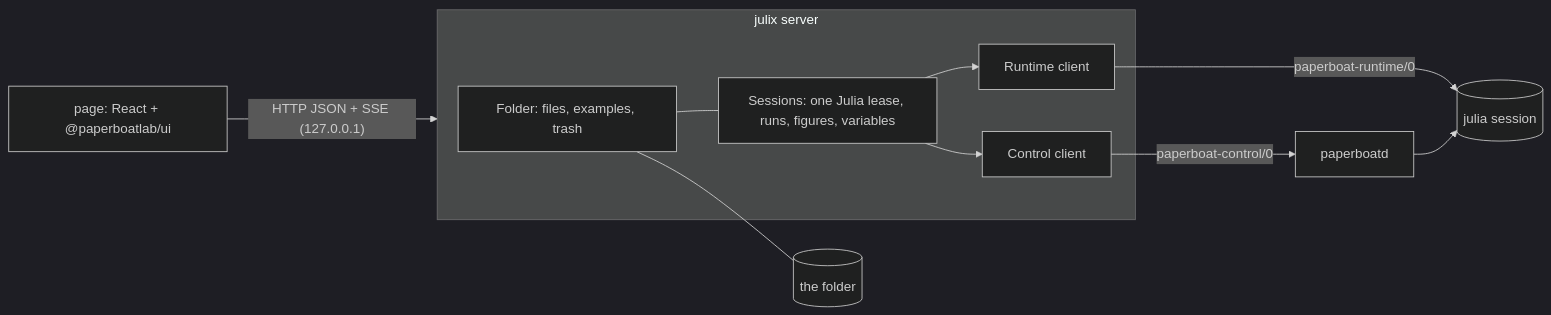
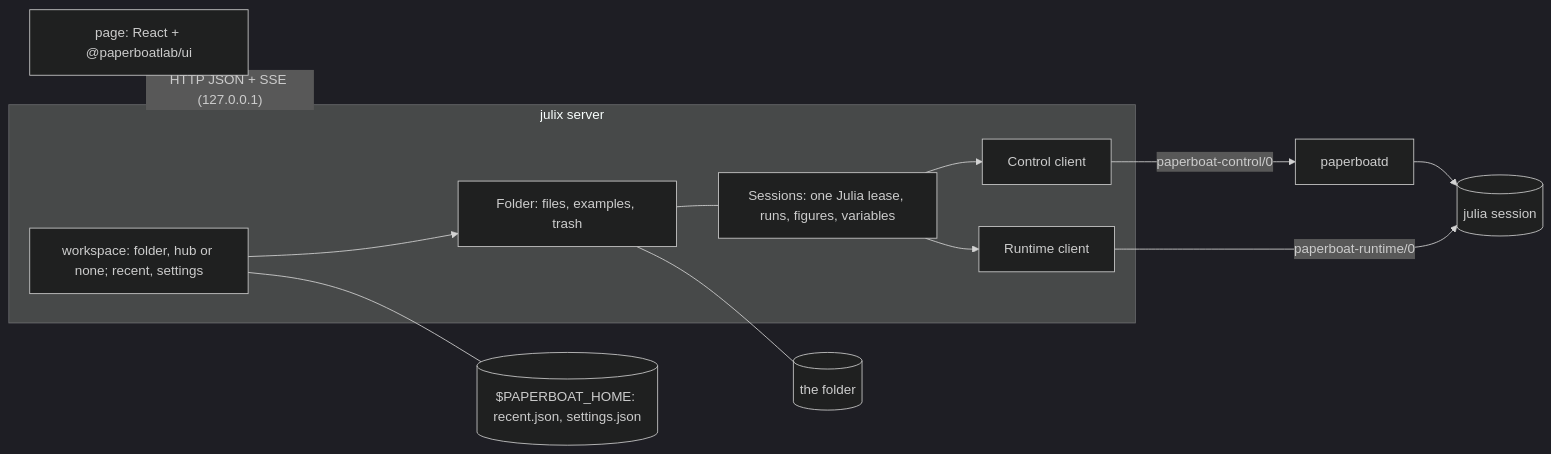
One commit to paperboatlab/julix changed the diagram in ARCHITECTURE.md. Above: the diagram before and after it, drawn with Mermaid (dark theme). The commit also changed other lines of this file and 2 other files, not shown here.

````diff
--- a/ARCHITECTURE.md
+++ b/ARCHITECTURE.md
@@ -12,13 +13,15 @@
 ```mermaid
 flowchart LR
   P[page: React + @paperboatlab/ui] -- "HTTP JSON + SSE (127.0.0.1)" --> S
   subgraph S[julix server]
     F[Folder: files, examples, trash] --- X[Sessions: one Julia lease, runs, figures, variables]
+    W2[workspace: folder, hub or none; recent, settings] --> F
     X --> C[Control client]
     X --> R[Runtime client]
   end
   C -- paperboat-control/0 --> D[paperboatd]
   R -- paperboat-runtime/0 --> K[(julia session)]
   D --> K
   F --- W[(the folder)]
+  W2 --- H[($PAPERBOAT_HOME: recent.json, settings.json)]
 ```
````
